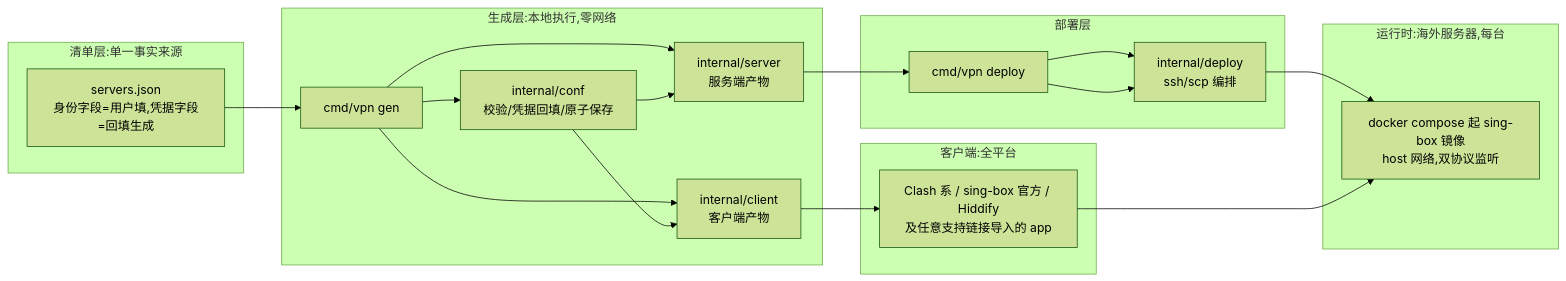
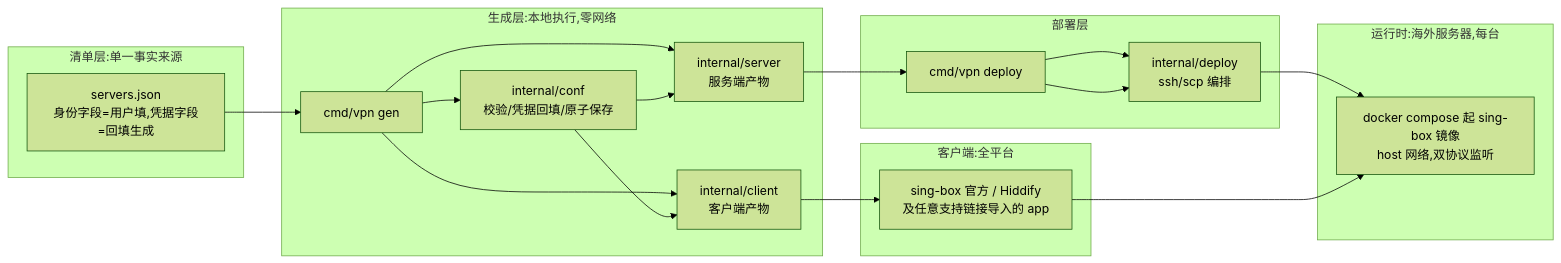
One commit to jiangzhiguo1992/vpn changed the diagram in README.md. Above: the diagram before and after it, drawn with Mermaid (forest theme). The commit also changed other lines of this file and 20 other files, not shown here.

````diff
--- a/README.md
+++ b/README.md
@@ -125,26 +124,26 @@
 ```mermaid
 flowchart LR
     subgraph 清单层[清单层:单一事实来源]
         A["servers.json<br/>身份字段=用户填,凭据字段=回填生成"]
     end
     subgraph 生成层[生成层:本地执行,零网络]
         B["cmd/vpn gen"] --> C["internal/conf<br/>校验/凭据回填/原子保存"]
         B --> D["internal/server<br/>服务端产物"]
         B --> E["internal/client<br/>客户端产物"]
         C --> D
         C --> E
     end
     subgraph 部署层[部署层]
         F["cmd/vpn deploy"] --> G["internal/deploy<br/>ssh/scp 编排"]
     end
     subgraph 运行时[运行时:海外服务器,每台]
         H["docker compose 起 sing-box 镜像<br/>host 网络,双协议监听"]
     end
     subgraph 客户端[客户端:全平台]
-        I["Clash 系 / sing-box 官方 / Hiddify<br/>及任意支持链接导入的 app"]
+        I["sing-box 官方 / Hiddify<br/>及任意支持链接导入的 app"]
     end
     A --> B
     D --> F --> G --> H
     E --> I
     I --> H
 ```
````
